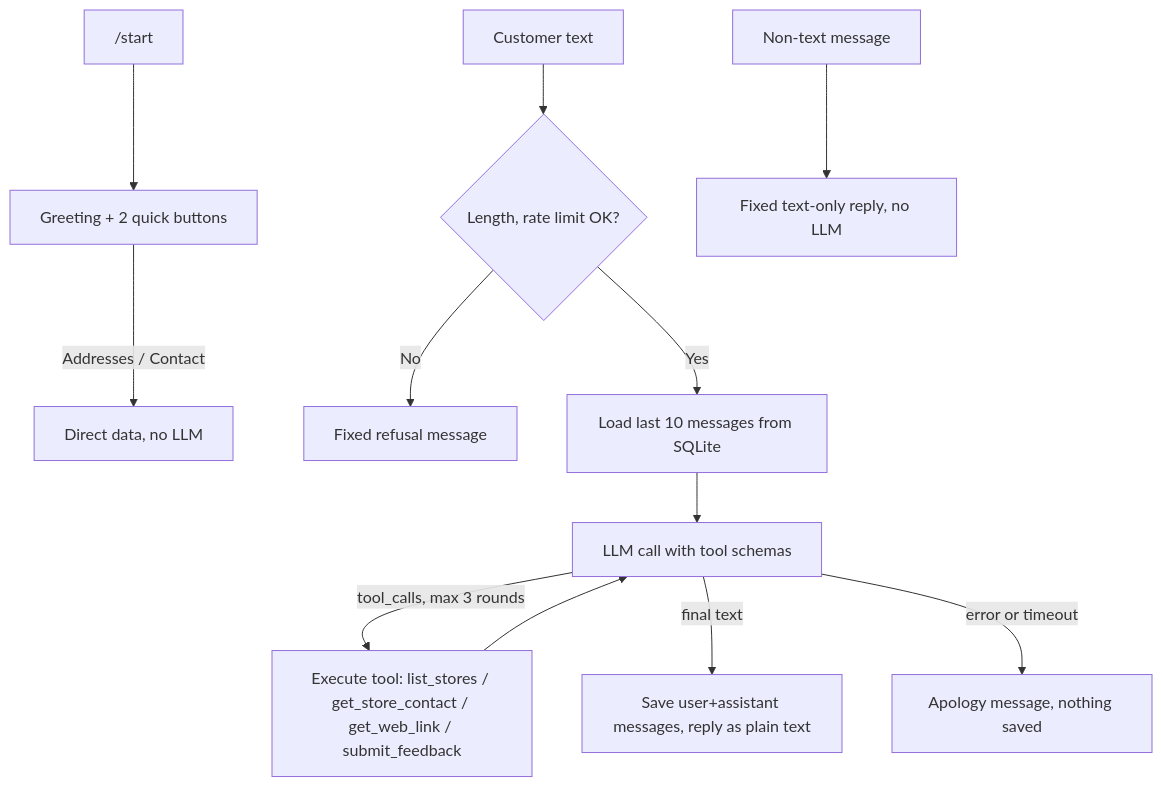
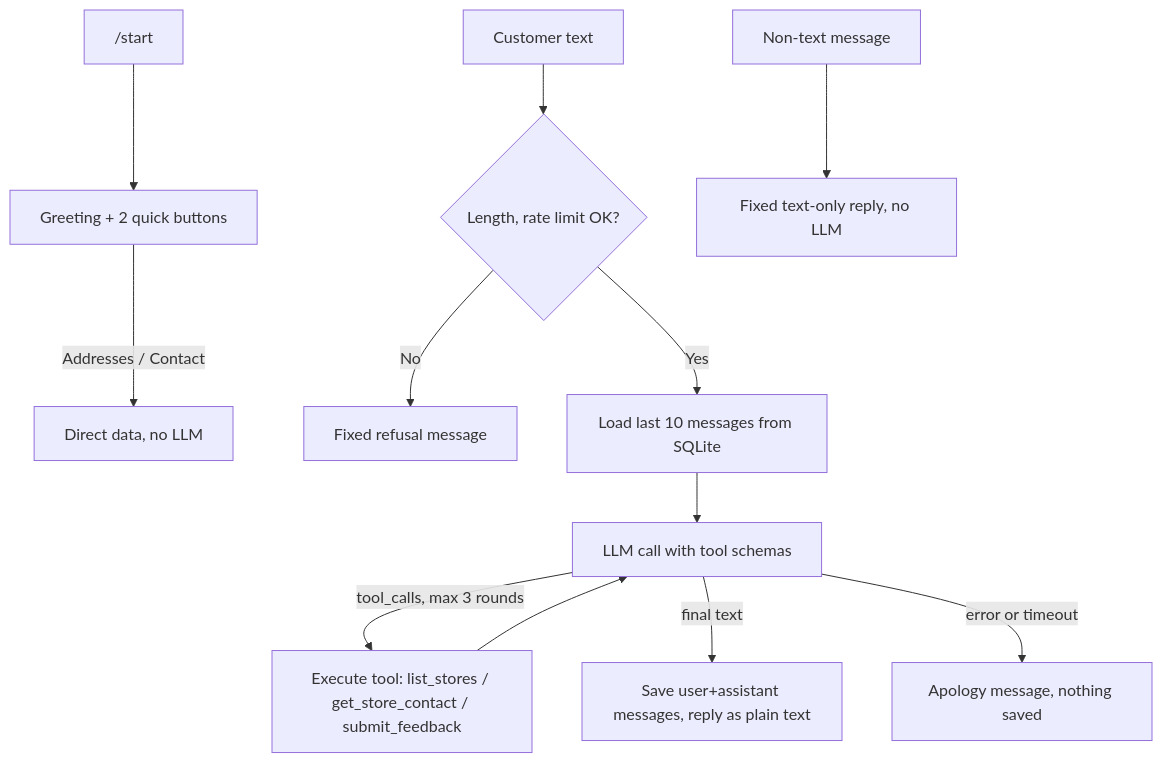
One commit to 22imer/LTW_Bot_CSKH changed the diagram in ARCHITECTURE.md. Above: the diagram before and after it, drawn with Mermaid. The commit also changed other lines of this file and 15 other files, not shown here.

Commit message:
Add /menu command, text menu in prompt, Mây persona; drop website link tool

````diff
--- a/ARCHITECTURE.md
+++ b/ARCHITECTURE.md
@@ -8,14 +8,14 @@
 ```mermaid
 flowchart TD
     A["/start"] --> B["Greeting + 2 quick buttons"]
     B -->|Addresses / Contact| T["Direct data, no LLM"]
     U["Customer text"] --> L{"Length, rate limit OK?"}
     L -->|No| R["Fixed refusal message"]
     L -->|Yes| H["Load last 10 messages from SQLite"]
     H --> M["LLM call with tool schemas"]
-    M -->|tool_calls, max 3 rounds| X["Execute tool: list_stores / get_store_contact / get_web_link / submit_feedback"]
+    M -->|tool_calls, max 3 rounds| X["Execute tool: list_stores / get_store_contact / submit_feedback"]
     X --> M
     M -->|final text| S["Save user+assistant messages, reply as plain text"]
     M -->|error or timeout| E["Apology message, nothing saved"]
     N["Non-text message"] --> F["Fixed text-only reply, no LLM"]
 ```
````
